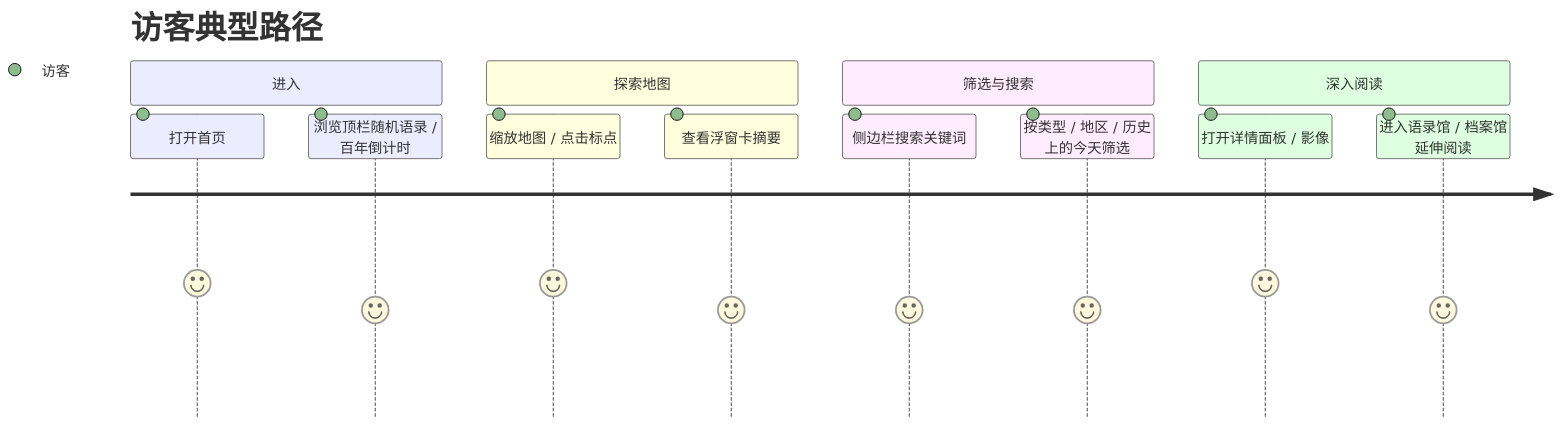
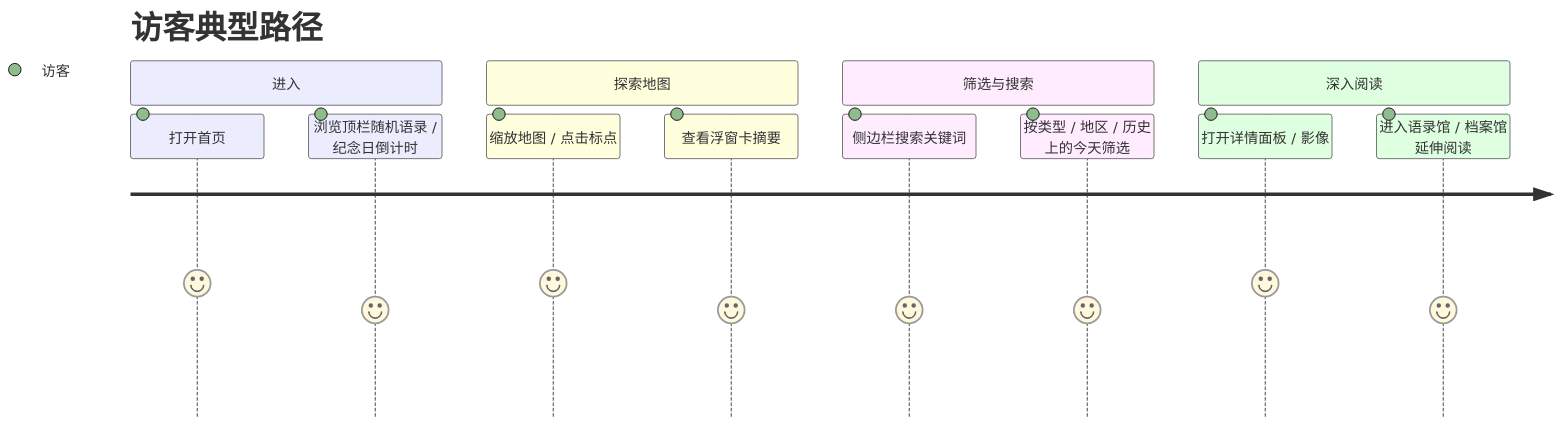
The first of 5 diagrams in docs/PRD.md (BruzeLam/jzm-memorial-map), drawn with Mermaid before and after one commit. The commit also changed other lines of this file and 6 other files, not shown here.

````diff
--- a/docs/PRD.md
+++ b/docs/PRD.md
@@ -70,16 +72,16 @@
 ```mermaid
 journey
   title 访客典型路径
   section 进入
     打开首页: 5: 访客
-    浏览顶栏随机语录 / 百年倒计时: 4: 访客
+    浏览顶栏随机语录 / 纪念日倒计时: 4: 访客
   section 探索地图
     缩放地图 / 点击标点: 5: 访客
     查看浮窗卡摘要: 4: 访客
   section 筛选与搜索
     侧边栏搜索关键词: 4: 访客
     按类型 / 地区 / 历史上的今天筛选: 4: 访客
   section 深入阅读
     打开详情面板 / 影像: 5: 访客
     进入语录馆 / 档案馆延伸阅读: 4: 访客
 ```
````
